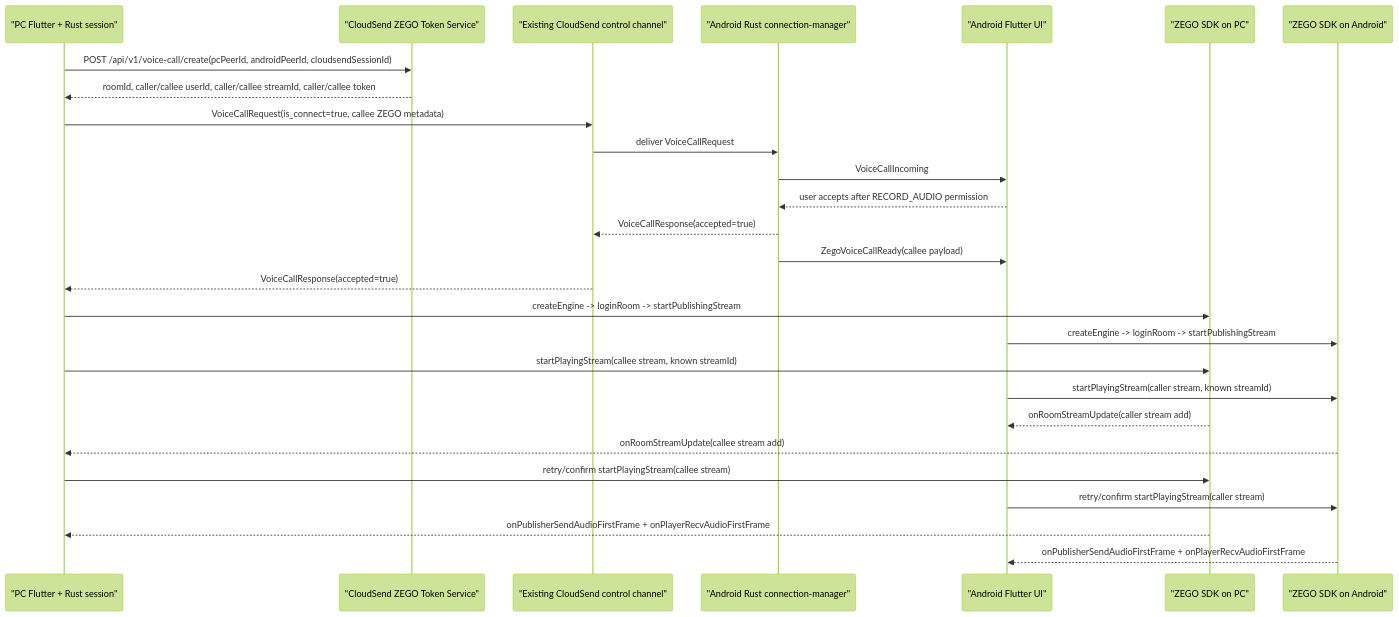
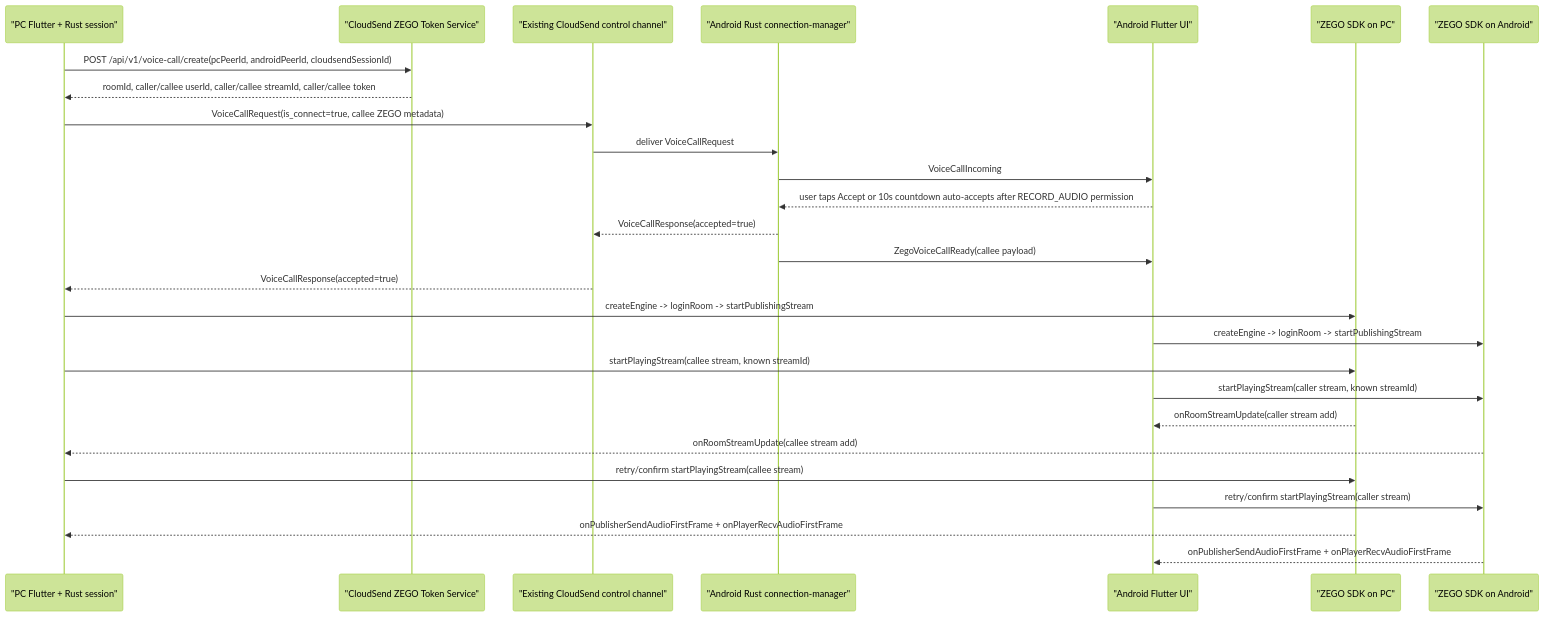
The first of 3 diagrams in docs/ZEGO_VOICE_CALL_ARCHITECTURE.md (Super-Build/Cloudsend), drawn with Mermaid (forest theme) before and after one commit. The commit also changed other lines of this file and 14 other files, not shown here.

````diff
--- a/docs/ZEGO_VOICE_CALL_ARCHITECTURE.md
+++ b/docs/ZEGO_VOICE_CALL_ARCHITECTURE.md
@@ -17,30 +17,30 @@
 ```mermaid
 sequenceDiagram
     participant PC as "PC Flutter + Rust session"
     participant Token as "CloudSend ZEGO Token Service"
     participant Conn as "Existing CloudSend control channel"
     participant AndroidRust as "Android Rust connection-manager"
     participant AndroidUI as "Android Flutter UI"
     participant ZegoPC as "ZEGO SDK on PC"
     participant ZegoAndroid as "ZEGO SDK on Android"
 
     PC->>Token: POST /api/v1/voice-call/create(pcPeerId, androidPeerId, cloudsendSessionId)
     Token-->>PC: roomId, caller/callee userId, caller/callee streamId, caller/callee token
     PC->>Conn: VoiceCallRequest(is_connect=true, callee ZEGO metadata)
     Conn->>AndroidRust: deliver VoiceCallRequest
     AndroidRust->>AndroidUI: VoiceCallIncoming
-    AndroidUI-->>AndroidRust: user accepts after RECORD_AUDIO permission
+    AndroidUI-->>AndroidRust: user taps Accept or 10s countdown auto-accepts after RECORD_AUDIO permission
     AndroidRust-->>Conn: VoiceCallResponse(accepted=true)
     AndroidRust->>AndroidUI: ZegoVoiceCallReady(callee payload)
     Conn-->>PC: VoiceCallResponse(accepted=true)
     PC->>ZegoPC: createEngine -> loginRoom -> startPublishingStream
     AndroidUI->>ZegoAndroid: createEngine -> loginRoom -> startPublishingStream
     PC->>ZegoPC: startPlayingStream(callee stream, known streamId)
     AndroidUI->>ZegoAndroid: startPlayingStream(caller stream, known streamId)
     ZegoPC-->>AndroidUI: onRoomStreamUpdate(caller stream add)
     ZegoAndroid-->>PC: onRoomStreamUpdate(callee stream add)
     PC->>ZegoPC: retry/confirm startPlayingStream(callee stream)
     AndroidUI->>ZegoAndroid: retry/confirm startPlayingStream(caller stream)
     ZegoPC-->>PC: onPublisherSendAudioFirstFrame + onPlayerRecvAudioFirstFrame
     ZegoAndroid-->>AndroidUI: onPublisherSendAudioFirstFrame + onPlayerRecvAudioFirstFrame
 ```
````
